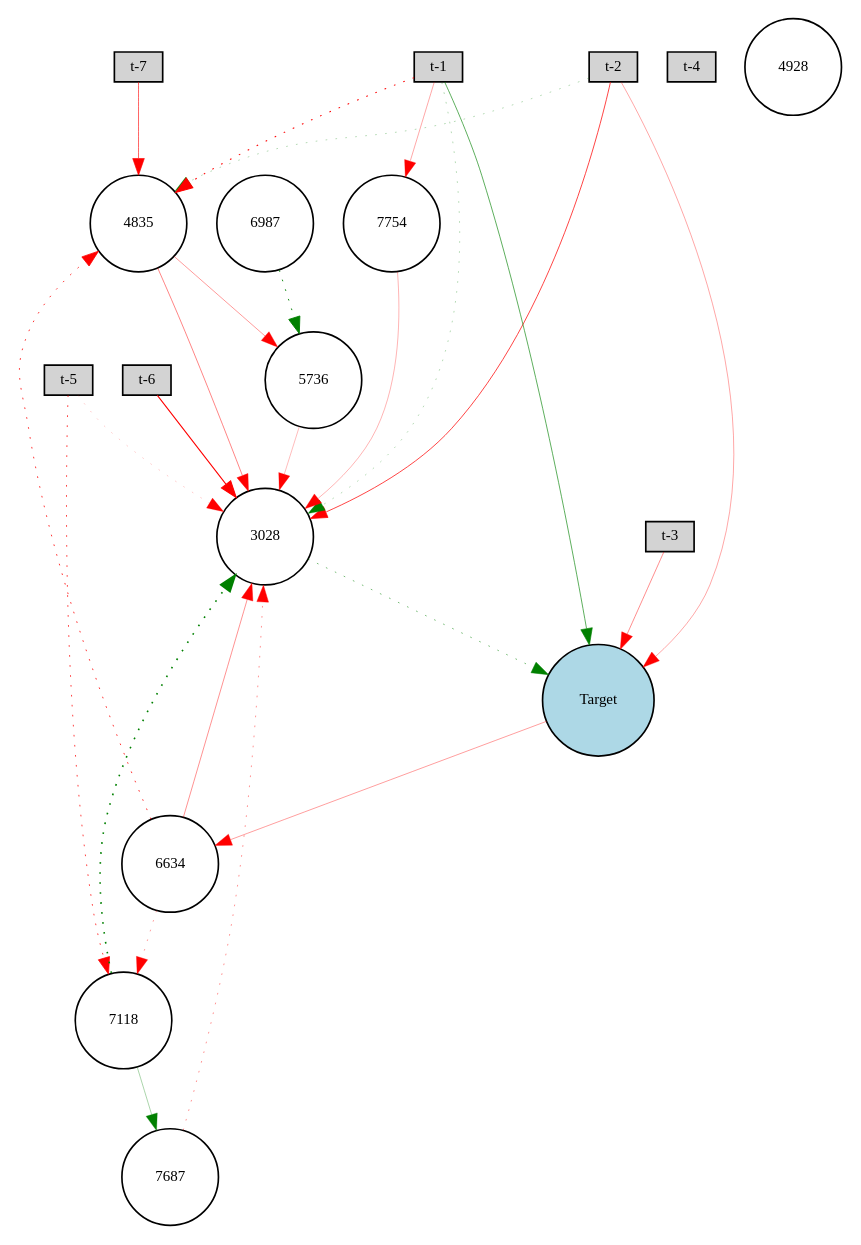
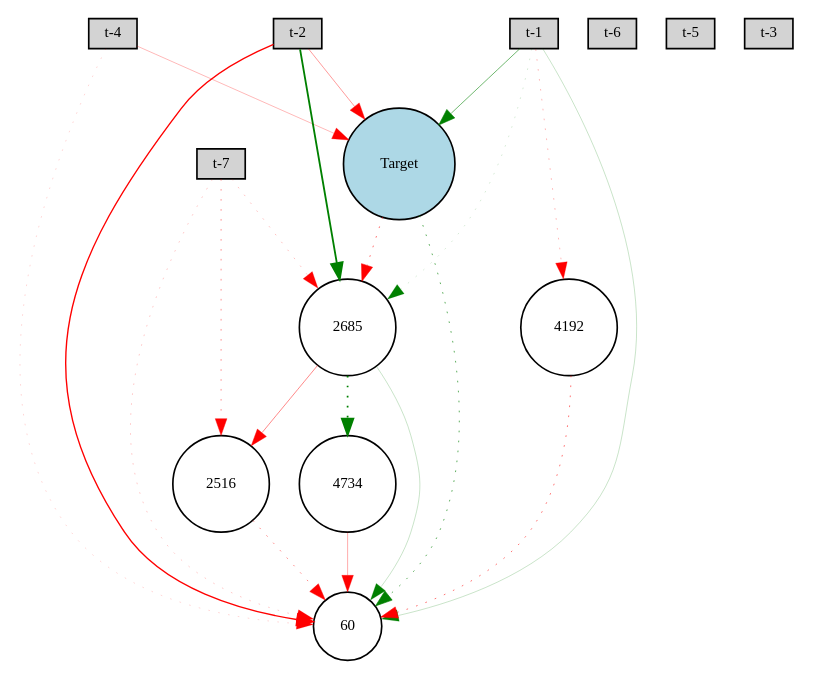
The diagram in lynx/Digraph.gv (lafengxiaoyu/ENN), drawn with Graphviz before and after one commit. The commit also changed 11 other files, not shown here.

```diff
--- a/lynx/Digraph.gv
+++ b/lynx/Digraph.gv
@@ -1,45 +1,36 @@
 digraph {
 	node [fontsize=9 height=0.2 shape=circle width=0.2]
 	"t-7" [fillcolor=lightgray shape=box style=filled]
 	"t-6" [fillcolor=lightgray shape=box style=filled]
 	"t-5" [fillcolor=lightgray shape=box style=filled]
 	"t-4" [fillcolor=lightgray shape=box style=filled]
 	"t-3" [fillcolor=lightgray shape=box style=filled]
 	"t-2" [fillcolor=lightgray shape=box style=filled]
 	"t-1" [fillcolor=lightgray shape=box style=filled]
 	Target [fillcolor=lightblue style=filled]
-	4928 [fillcolor=white style=filled]
-	4835 [fillcolor=white style=filled]
-	7687 [fillcolor=white style=filled]
-	5736 [fillcolor=white style=filled]
-	6634 [fillcolor=white style=filled]
-	6987 [fillcolor=white style=filled]
-	7754 [fillcolor=white style=filled]
-	7118 [fillcolor=white style=filled]
-	3028 [fillcolor=white style=filled]
-	"t-1" -> Target [color=green penwidth=0.3823999247398848 style=solid]
-	"t-3" -> Target [color=red penwidth=0.26522197722684004 style=solid]
-	"t-2" -> Target [color=red penwidth=0.21051494178168956 style=solid]
-	"t-2" -> 3028 [color=red penwidth=0.4413328741598256 style=solid]
-	3028 -> Target [color=green penwidth=0.3210367304281183 style=dotted]
-	"t-6" -> 3028 [color=red penwidth=0.6310086535030269 style=solid]
-	"t-5" -> 3028 [color=red penwidth=0.12918875650989445 style=dotted]
-	"t-1" -> 3028 [color=green penwidth=0.181253789460309 style=dotted]
-	4835 -> 3028 [color=red penwidth=0.2877802374846834 style=solid]
-	"t-7" -> 4835 [color=red penwidth=0.3680240218175388 style=solid]
-	4835 -> 5736 [color=red penwidth=0.2387735242537908 style=solid]
-	5736 -> 3028 [color=red penwidth=0.16150229364661844 style=solid]
-	"t-1" -> 4835 [color=red penwidth=0.6212504885161342 style=dotted]
-	6634 -> 3028 [color=red penwidth=0.25690300179599457 style=solid]
-	"t-2" -> 4835 [color=green penwidth=0.18168333664367375 style=dotted]
-	6987 -> 5736 [color=green penwidth=0.5462969282813209 style=dotted]
-	Target -> 6634 [color=red penwidth=0.2257040761420234 style=solid]
-	"t-5" -> 7118 [color=red penwidth=0.44514084759623107 style=dotted]
-	7118 -> 3028 [color=green penwidth=0.9742687243947283 style=dotted]
-	6634 -> 7118 [color=red penwidth=0.2255625281192124 style=dotted]
-	6634 -> 4835 [color=red penwidth=0.4798538622037294 style=dotted]
-	7118 -> 7687 [color=green penwidth=0.20269864263770843 style=solid]
-	7687 -> 3028 [color=red penwidth=0.25812323073916943 style=dotted]
-	"t-1" -> 7754 [color=red penwidth=0.21491335201898465 style=solid]
-	7754 -> 3028 [color=red penwidth=0.17941511321170167 style=solid]
+	4192 [fillcolor=white style=filled]
+	2516 [fillcolor=white style=filled]
+	60 [fillcolor=white style=filled]
+	2685 [fillcolor=white style=filled]
+	4734 [fillcolor=white style=filled]
+	"t-7" -> 60 [color=red penwidth=0.13034931660645588 style=dotted]
+	"t-2" -> 60 [color=red penwidth=0.8271284733938301 style=solid]
+	"t-1" -> 60 [color=green penwidth=0.13301844843259014 style=solid]
+	"t-4" -> Target [color=red penwidth=0.17343410747757315 style=solid]
+	"t-1" -> Target [color=green penwidth=0.339091465487949 style=solid]
+	"t-7" -> 2516 [color=red penwidth=0.2630496038985005 style=dotted]
+	2516 -> 60 [color=red penwidth=0.27776733343630955 style=dotted]
+	"t-1" -> 2685 [color=green penwidth=0.10227628055601506 style=dotted]
+	2685 -> 60 [color=green penwidth=0.12783884952621996 style=solid]
+	"t-4" -> 60 [color=red penwidth=0.10404642714354259 style=dotted]
+	Target -> 60 [color=green penwidth=0.38103456548951986 style=dotted]
+	Target -> 2685 [color=red penwidth=0.34387333671103115 style=dotted]
+	"t-1" -> 4192 [color=red penwidth=0.17217821217165777 style=dotted]
+	4192 -> 60 [color=red penwidth=0.32813280634837005 style=dotted]
+	"t-2" -> 2685 [color=green penwidth=1.1 style=solid]
+	"t-7" -> 2685 [color=red penwidth=0.1474834504268817 style=dotted]
+	2685 -> 4734 [color=green penwidth=1.0429271458109974 style=dotted]
+	4734 -> 60 [color=red penwidth=0.2025546052090738 style=solid]
+	2685 -> 2516 [color=red penwidth=0.27508967102570014 style=solid]
+	"t-2" -> Target [color=red penwidth=0.24147492360602435 style=solid]
 }
```
